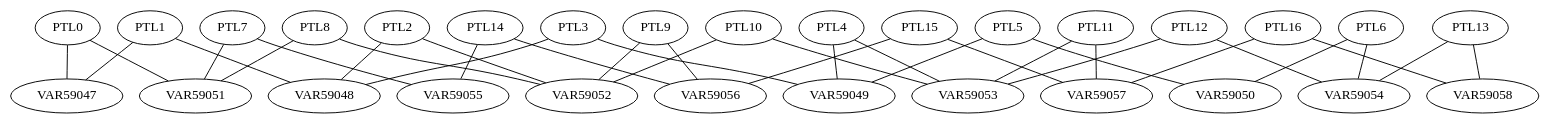
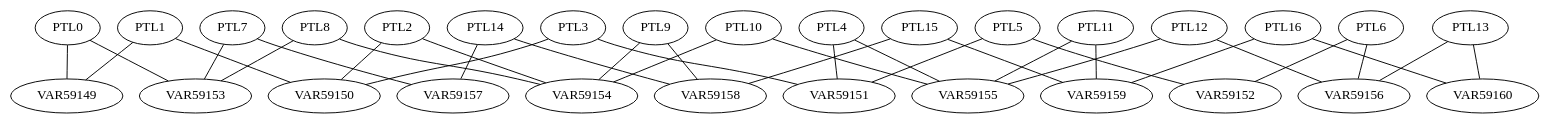
One commit to hmetaxa/MixLDA changed the diagram in grmm-model.dot. Above: the diagram before and after it, drawn with Graphviz. The commit also changed 21 other files, not shown here.

```diff
--- a/grmm-model.dot
+++ b/grmm-model.dot
@@ -1,70 +1,70 @@
 graph model {
-PTL0 -- VAR59047;
+PTL0 -- VAR59149;
 
-PTL0 -- VAR59051;
+PTL0 -- VAR59153;
 
-PTL1 -- VAR59047;
+PTL1 -- VAR59149;
 
-PTL1 -- VAR59048;
+PTL1 -- VAR59150;
 
-PTL2 -- VAR59048;
+PTL2 -- VAR59150;
 
-PTL2 -- VAR59052;
+PTL2 -- VAR59154;
 
-PTL3 -- VAR59048;
+PTL3 -- VAR59150;
 
-PTL3 -- VAR59049;
+PTL3 -- VAR59151;
 
-PTL4 -- VAR59049;
+PTL4 -- VAR59151;
 
-PTL4 -- VAR59053;
+PTL4 -- VAR59155;
 
-PTL5 -- VAR59049;
+PTL5 -- VAR59151;
 
-PTL5 -- VAR59050;
+PTL5 -- VAR59152;
 
-PTL6 -- VAR59050;
+PTL6 -- VAR59152;
 
-PTL6 -- VAR59054;
+PTL6 -- VAR59156;
 
-PTL7 -- VAR59051;
+PTL7 -- VAR59153;
 
-PTL7 -- VAR59055;
+PTL7 -- VAR59157;
 
-PTL8 -- VAR59051;
+PTL8 -- VAR59153;
 
-PTL8 -- VAR59052;
+PTL8 -- VAR59154;
 
-PTL9 -- VAR59052;
+PTL9 -- VAR59154;
 
-PTL9 -- VAR59056;
+PTL9 -- VAR59158;
 
-PTL10 -- VAR59052;
+PTL10 -- VAR59154;
 
-PTL10 -- VAR59053;
+PTL10 -- VAR59155;
 
-PTL11 -- VAR59053;
+PTL11 -- VAR59155;
 
-PTL11 -- VAR59057;
+PTL11 -- VAR59159;
 
-PTL12 -- VAR59053;
+PTL12 -- VAR59155;
 
-PTL12 -- VAR59054;
+PTL12 -- VAR59156;
 
-PTL13 -- VAR59054;
+PTL13 -- VAR59156;
 
-PTL13 -- VAR59058;
+PTL13 -- VAR59160;
 
-PTL14 -- VAR59055;
+PTL14 -- VAR59157;
 
-PTL14 -- VAR59056;
+PTL14 -- VAR59158;
 
-PTL15 -- VAR59056;
+PTL15 -- VAR59158;
 
-PTL15 -- VAR59057;
+PTL15 -- VAR59159;
 
-PTL16 -- VAR59057;
+PTL16 -- VAR59159;
 
-PTL16 -- VAR59058;
+PTL16 -- VAR59160;
 
 }
```
